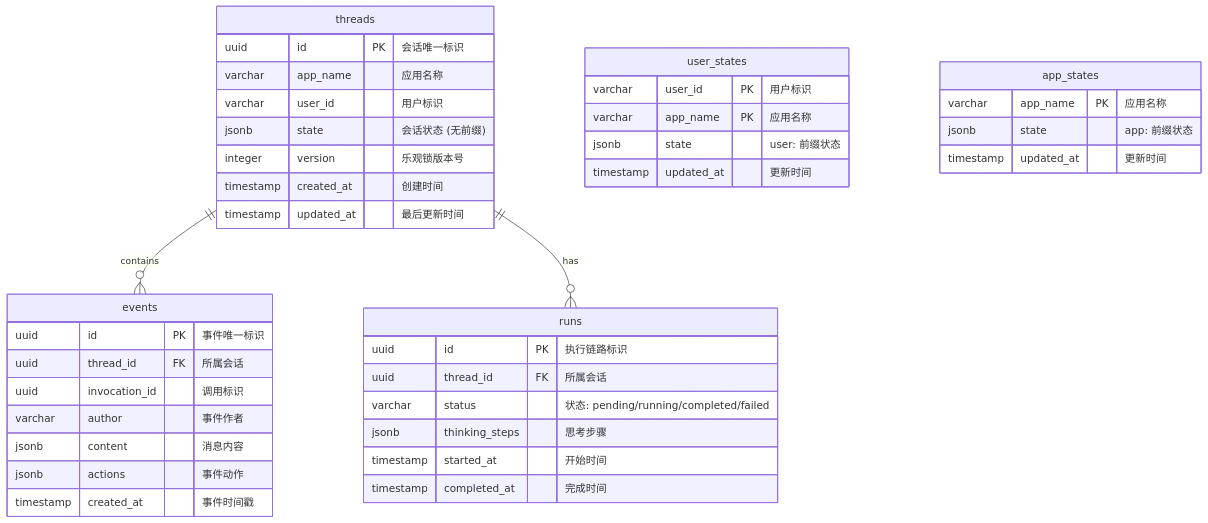
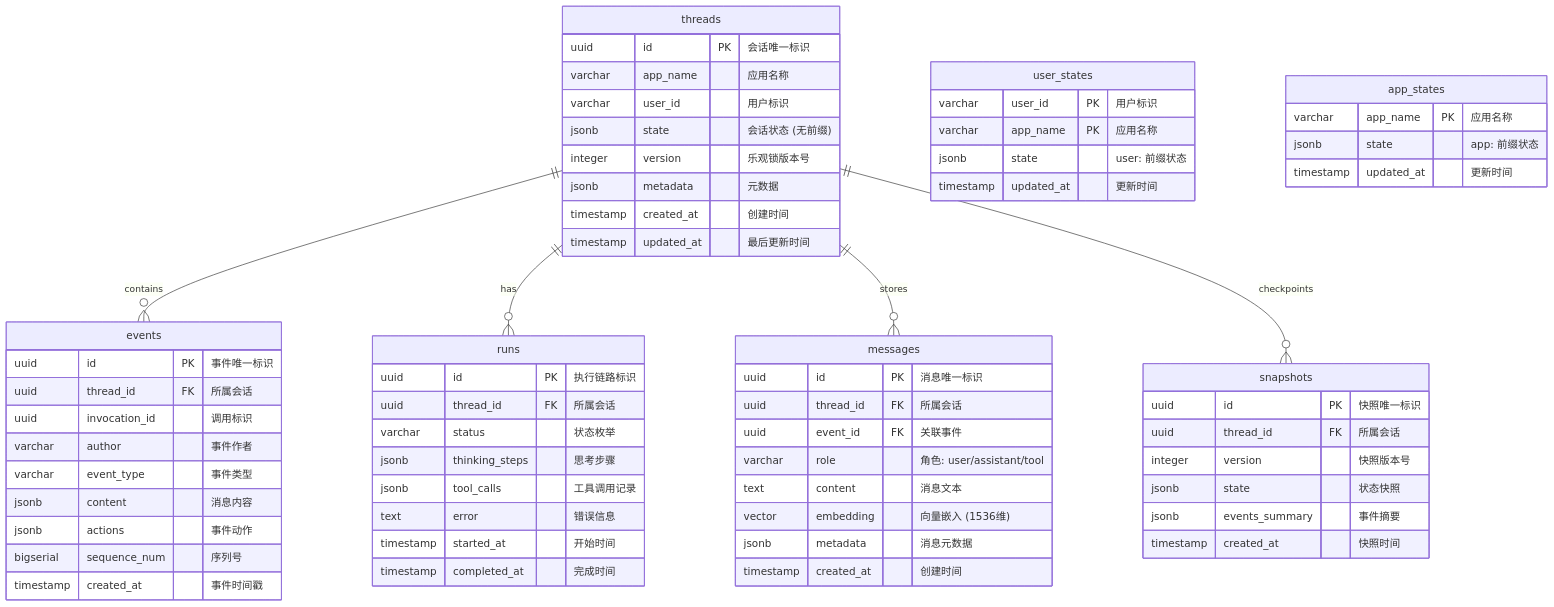
The second of 2 diagrams in docs/practice/010-the-pulse.md (ThreeFish-AI/agentic-ai-cognizes), drawn with Mermaid before and after one commit. The commit also changed other lines of this file, not shown here.

````diff
--- a/docs/practice/010-the-pulse.md
+++ b/docs/practice/010-the-pulse.md
@@ -215,46 +219,74 @@
 ```mermaid
 erDiagram
     threads ||--o{ events : contains
     threads ||--o{ runs : has
+    threads ||--o{ messages : stores
+    threads ||--o{ snapshots : checkpoints
+
     threads {
         uuid id PK "会话唯一标识"
         varchar app_name "应用名称"
         varchar user_id "用户标识"
         jsonb state "会话状态 (无前缀)"
         integer version "乐观锁版本号"
+        jsonb metadata "元数据"
         timestamp created_at "创建时间"
         timestamp updated_at "最后更新时间"
     }
 
     events {
         uuid id PK "事件唯一标识"
         uuid thread_id FK "所属会话"
         uuid invocation_id "调用标识"
         varchar author "事件作者"
+        varchar event_type "事件类型"
         jsonb content "消息内容"
         jsonb actions "事件动作"
+        bigserial sequence_num "序列号"
         timestamp created_at "事件时间戳"
     }
 
     runs {
         uuid id PK "执行链路标识"
         uuid thread_id FK "所属会话"
-        varchar status "状态: pending/running/completed/failed"
+        varchar status "状态枚举"
         jsonb thinking_steps "思考步骤"
+        jsonb tool_calls "工具调用记录"
+        text error "错误信息"
         timestamp started_at "开始时间"
         timestamp completed_at "完成时间"
+    }
+
+    messages {
+        uuid id PK "消息唯一标识"
+        uuid thread_id FK "所属会话"
+        uuid event_id FK "关联事件"
+        varchar role "角色: user/assistant/tool"
+        text content "消息文本"
+        vector embedding "向量嵌入 (1536维)"
+        jsonb metadata "消息元数据"
+        timestamp created_at "创建时间"
+    }
+
+    snapshots {
+        uuid id PK "快照唯一标识"
+        uuid thread_id FK "所属会话"
+        integer version "快照版本号"
+        jsonb state "状态快照"
+        jsonb events_summary "事件摘要"
+        timestamp created_at "快照时间"
     }
 
     user_states {
         varchar user_id PK "用户标识"
         varchar app_name PK "应用名称"
         jsonb state "user: 前缀状态"
         timestamp updated_at "更新时间"
     }
 
     app_states {
         varchar app_name PK "应用名称"
         jsonb state "app: 前缀状态"
         timestamp updated_at "更新时间"
     }
 ```
````
